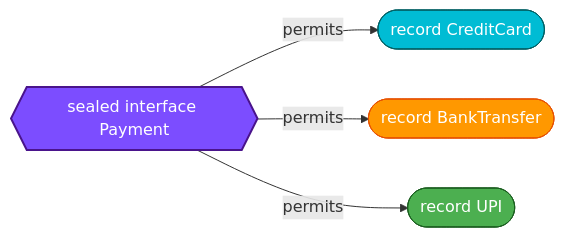
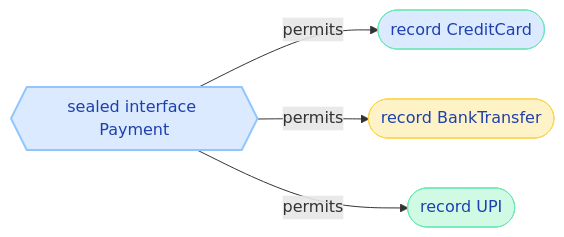
The second of 6 diagrams in docs/java/ModernJava.md (saivamsikaruturi/vamsilabs-dev-notes-main), drawn with Mermaid before and after one commit. The commit also changed other lines of this file and 220 other files, not shown here.

First line of the commit message:
Add 50+ new Java/Spring Boot pages, rewrite CSS code blocks to Oracle style, fix all diagram colors

````diff
--- a/docs/java/ModernJava.md
+++ b/docs/java/ModernJava.md
@@ -131,12 +131,12 @@
 ```mermaid
 flowchart LR
     Payment{{"sealed interface Payment"}}
     Payment -->|permits| CC(["record CreditCard"])
     Payment -->|permits| BT(["record BankTransfer"])
     Payment -->|permits| UPI(["record UPI"])
 
-    style Payment fill:#7C4DFF,color:#fff,stroke:#4A148C,stroke-width:2px
-    style CC fill:#00BCD4,color:#fff,stroke:#006064
-    style BT fill:#FF9800,color:#fff,stroke:#E65100
-    style UPI fill:#4CAF50,color:#fff,stroke:#1B5E20
+    style Payment fill:#DBEAFE,color:#1E40AF,stroke:#93C5FD,stroke-width:2px
+    style CC fill:#DBEAFE,color:#1E40AF,stroke:#6EE7B7
+    style BT fill:#FEF3C7,color:#1E40AF,stroke:#FCD34D
+    style UPI fill:#D1FAE5,color:#1E40AF,stroke:#6EE7B7
 ```
````
